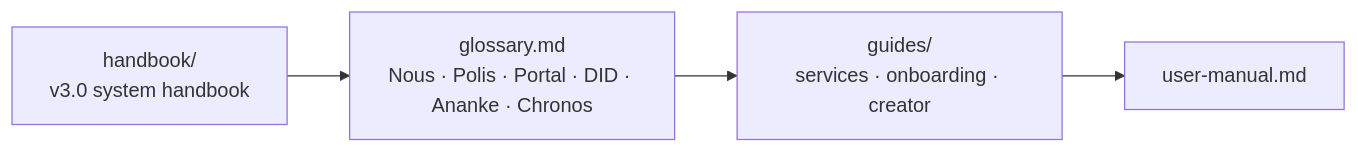
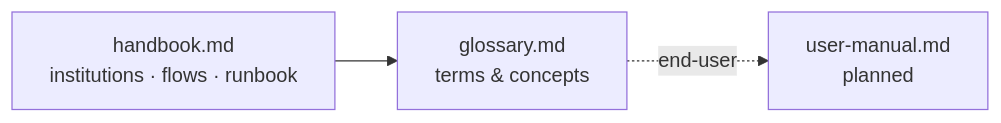
One commit to ASKKPOP/Noesis changed the diagram in wiki/4-reference/index.md. Above: the diagram before and after it, drawn with Mermaid. The commit also changed other lines of this file and 2 other files, not shown here.

First line of the commit message:
docs(wiki): 4-reference handbook — institutions quick-ref, flows, runbook

````diff
--- a/wiki/4-reference/index.md
+++ b/wiki/4-reference/index.md
@@ -15,6 +15,5 @@
 ```mermaid
 flowchart LR
-  HB[handbook/<br/>v3.0 system handbook] --> GL[glossary.md<br/>Nous · Polis · Portal · DID · Ananke · Chronos]
-  GL --> GU[guides/<br/>services · onboarding · creator]
-  GU --> UM[user-manual.md]
+  HB[handbook.md<br/>institutions · flows · runbook] --> GL[glossary.md<br/>terms & concepts]
+  GL -.end-user.-> UM[user-manual.md<br/>planned]
 ```
````
